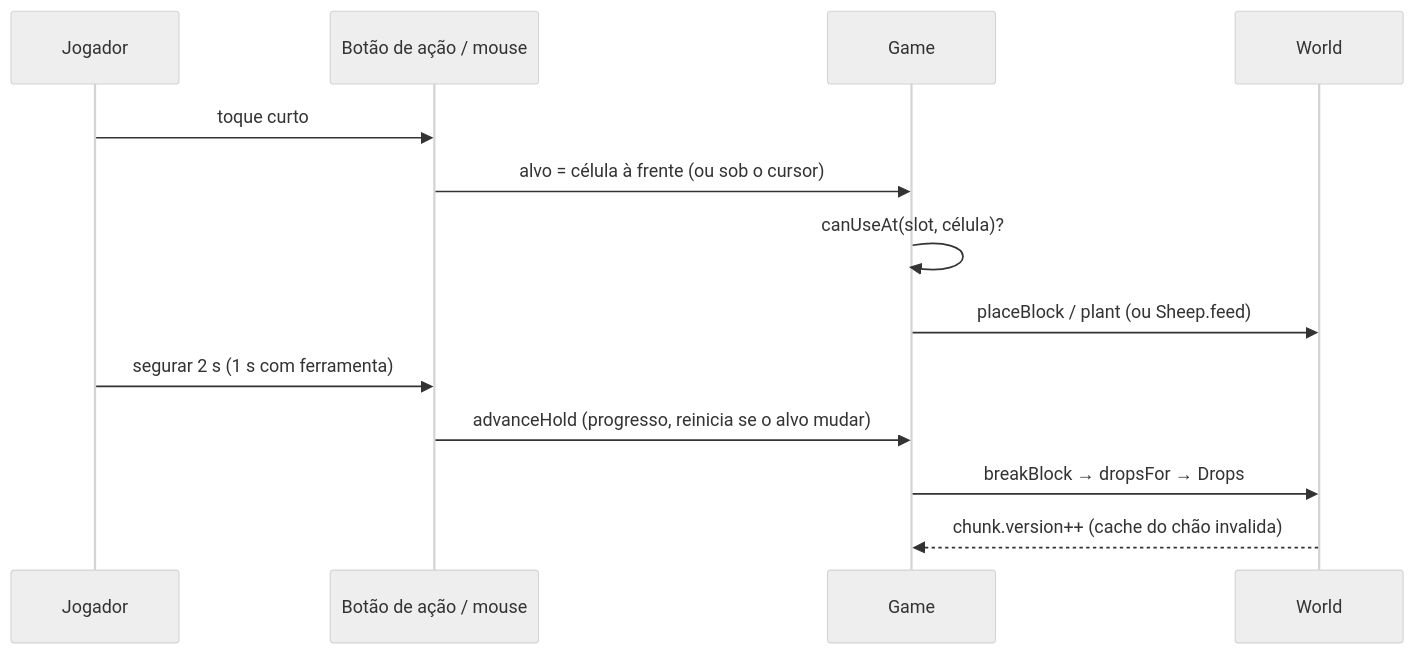
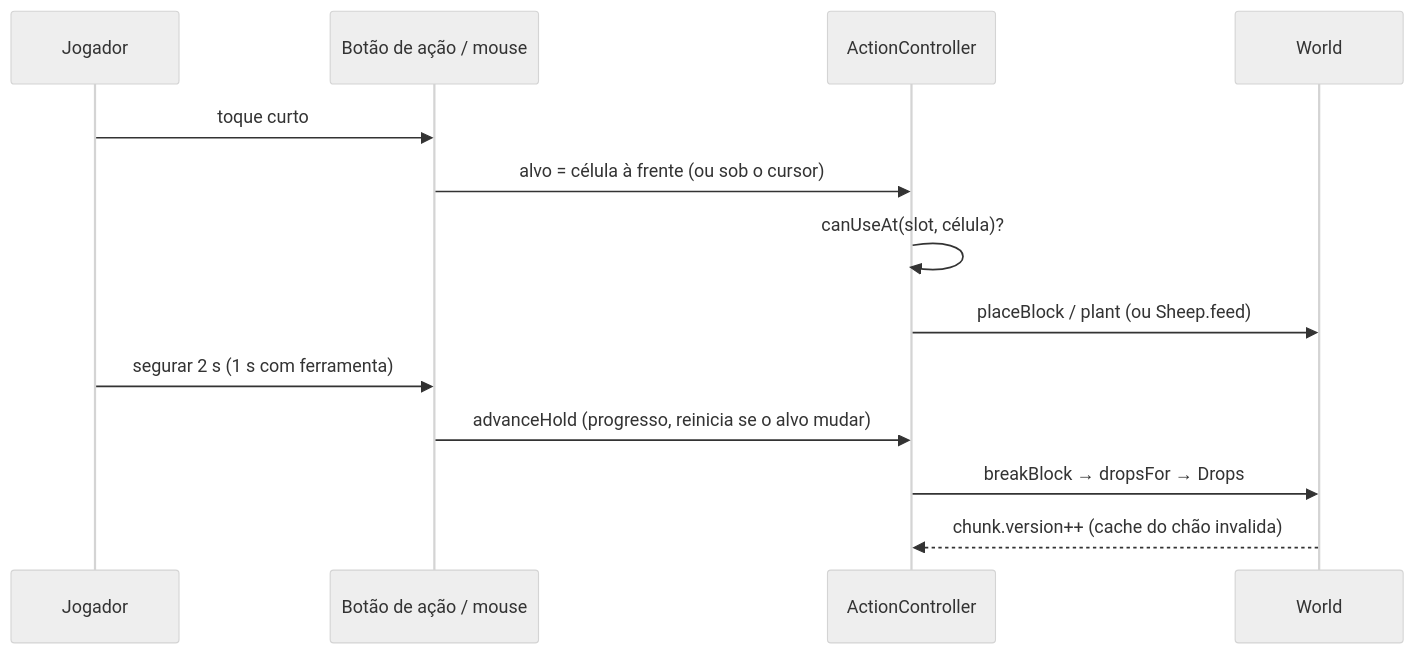
One commit to maiam/mundoblocos-2d changed the sixth of 7 diagrams in docs/MAPS.md. Above: the diagram before and after it, drawn with Mermaid (neutral theme). The commit also changed other lines of this file and 44 other files, not shown here.

First line of the commit message:
Fase 0: arte separada por mundo, ActionController e Santuário republicado

````diff
--- a/docs/MAPS.md
+++ b/docs/MAPS.md
@@ -106,15 +108,15 @@
 ```mermaid
 sequenceDiagram
   participant U as Jogador
   participant B as Botão de ação / mouse
-  participant G as Game
+  participant G as ActionController
   participant W as World
   U->>B: toque curto
   B->>G: alvo = célula à frente (ou sob o cursor)
   G->>G: canUseAt(slot, célula)?
   G->>W: placeBlock / plant  (ou Sheep.feed)
   U->>B: segurar 2 s (1 s com ferramenta)
   B->>G: advanceHold (progresso, reinicia se o alvo mudar)
   G->>W: breakBlock → dropsFor → Drops
   W-->>G: chunk.version++ (cache do chão invalida)
 ```
````
